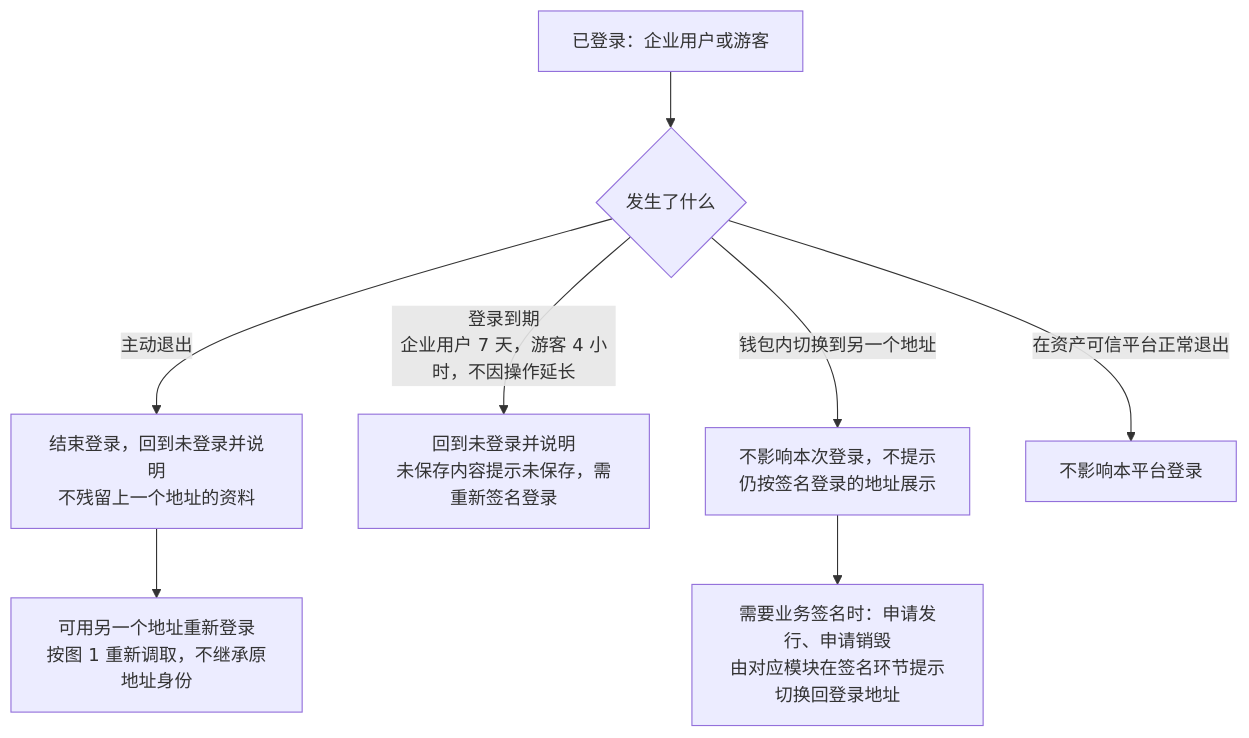
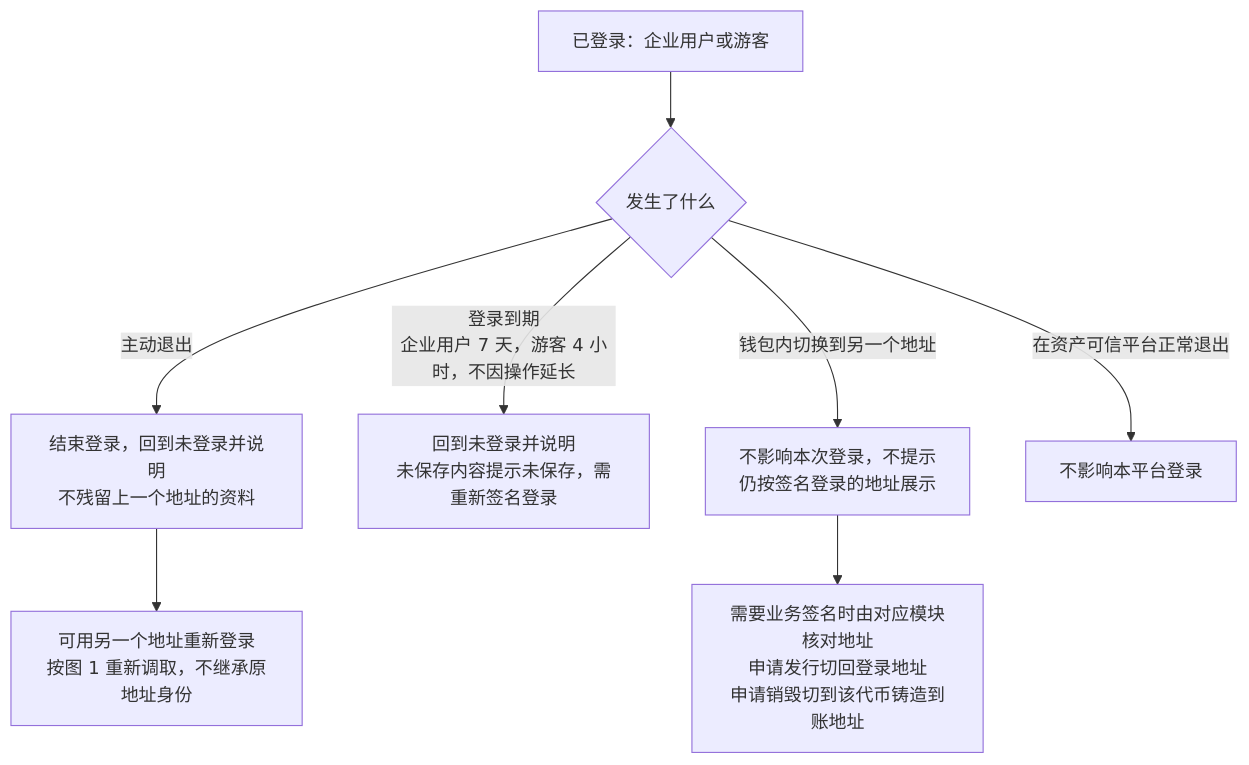
The second of 5 diagrams in token-issuance-platform/PRD/面客端/M1-企业登录与企业账户/02-企业登录与企业账户-流程图与状态机.md (wxblockchain/Chain-Financing), drawn with Mermaid before and after one commit. The commit also changed other lines of this file and 11 other files, not shown here.

````diff
--- a/token-issuance-platform/PRD/面客端/M1-企业登录与企业账户/02-企业登录与企业账户-流程图与状态机.md
+++ b/token-issuance-platform/PRD/面客端/M1-企业登录与企业账户/02-企业登录与企业账户-流程图与状态机.md
@@ -50,10 +50,10 @@
 ```mermaid
 flowchart TD
     A[已登录：企业用户或游客] --> B{发生了什么}
     B -->|主动退出| C[结束登录，回到未登录并说明<br/>不残留上一个地址的资料]
     C --> C1[可用另一个地址重新登录<br/>按图 1 重新调取，不继承原地址身份]
     B -->|登录到期<br/>企业用户 7 天，游客 4 小时，不因操作延长| D[回到未登录并说明<br/>未保存内容提示未保存，需重新签名登录]
     B -->|钱包内切换到另一个地址| E[不影响本次登录，不提示<br/>仍按签名登录的地址展示]
-    E --> E1[需要业务签名时：申请发行、申请销毁<br/>由对应模块在签名环节提示切换回登录地址]
+    E --> E1[需要业务签名时由对应模块核对地址<br/>申请发行切回登录地址<br/>申请销毁切到该代币铸造到账地址]
     B -->|在资产可信平台正常退出| J[不影响本平台登录]
 ```
````
